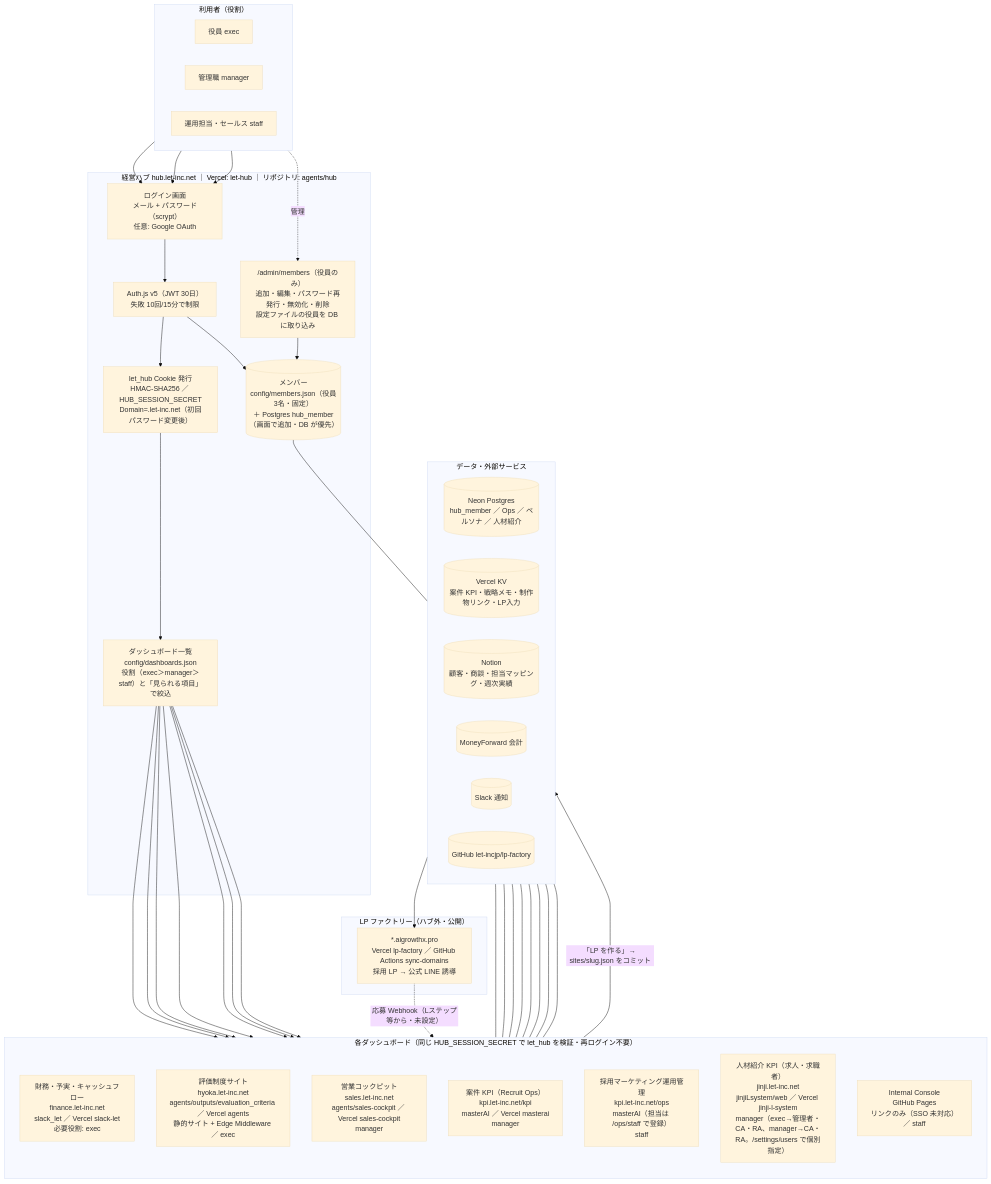
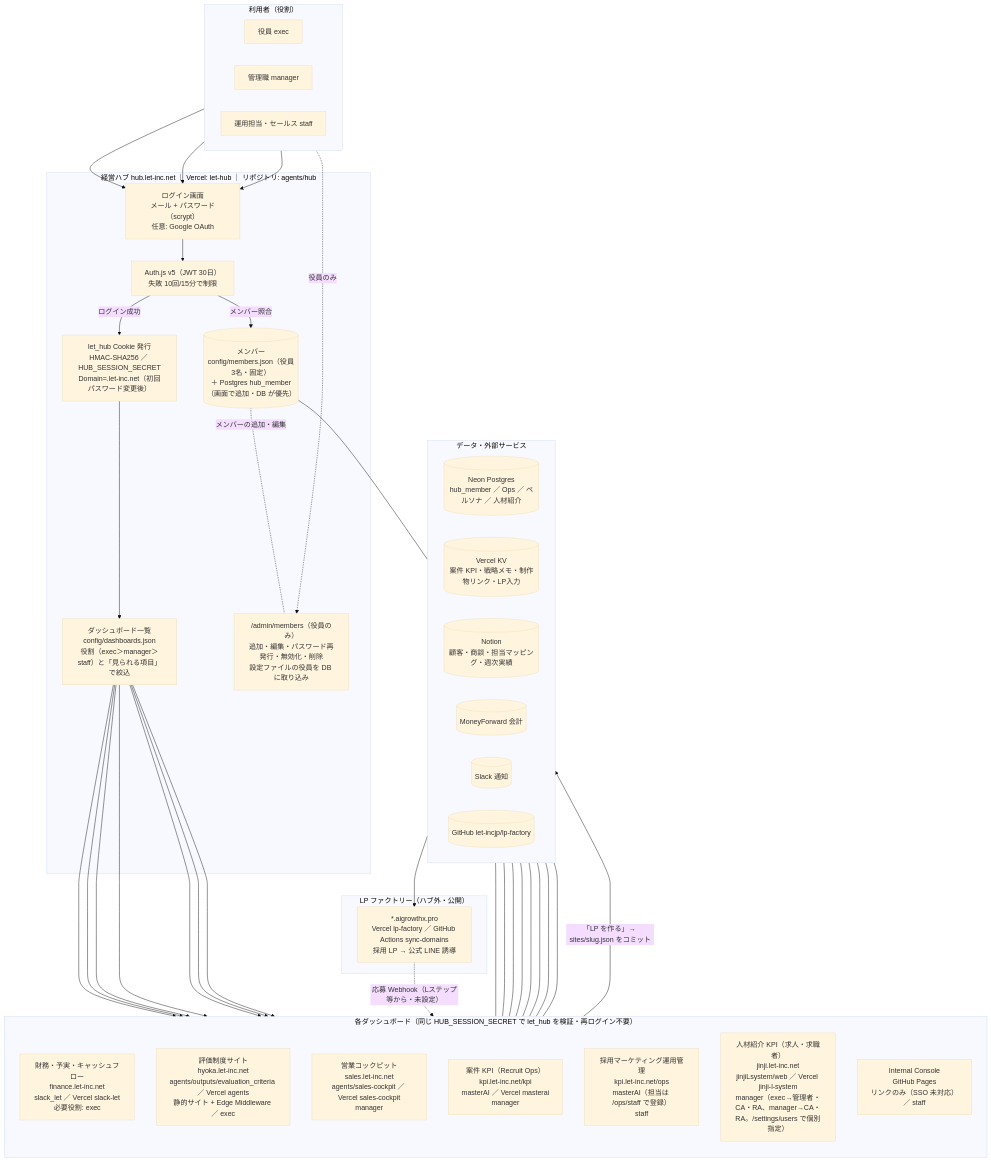
One commit to eijiyoshikawa/agents changed the diagram in docs/HUB_ARCHITECTURE_2026-10-22.md. Above: the diagram before and after it, drawn with Mermaid (base theme). The commit also changed other lines of this file and 1 other file, not shown here.

Commit message:
docs(hub): 構成図を画像（PNG）でも同梱し、Mermaid の配線を整理
Claude-Session: https://claude.ai/code/session_01A3xZ7L2v1oCCzvqdRV5Qoa

````diff
--- a/docs/HUB_ARCHITECTURE_2026-10-22.md
+++ b/docs/HUB_ARCHITECTURE_2026-10-22.md
@@ -7,70 +11,72 @@
 ```mermaid
 flowchart TB
   subgraph users["利用者（役割）"]
     direction LR
     exec["役員 exec"]
     mgr["管理職 manager"]
     staff["運用担当・セールス staff"]
   end
 
   subgraph hub["経営ハブ hub.let-inc.net ｜ Vercel: let-hub ｜ リポジトリ: agents/hub"]
     login["ログイン画面<br/>メール + パスワード（scrypt）<br/>任意: Google OAuth"]
     auth["Auth.js v5（JWT 30日）<br/>失敗 10回/15分で制限"]
     members[("メンバー<br/>config/members.json（役員3名・固定）<br/>＋ Postgres hub_member（画面で追加・DB が優先）")]
     cookie["let_hub Cookie 発行<br/>HMAC-SHA256 ／ HUB_SESSION_SECRET<br/>Domain=.let-inc.net（初回パスワード変更後）"]
     dash["ダッシュボード一覧<br/>config/dashboards.json<br/>役割（exec＞manager＞staff）と「見られる項目」で絞込"]
     admin["/admin/members（役員のみ）<br/>追加・編集・パスワード再発行・無効化・削除<br/>設定ファイルの役員を DB に取り込み"]
   end
 
   exec --> login
   mgr --> login
   staff --> login
-  login --> auth --> members
-  auth --> cookie --> dash
-  exec -. 管理 .-> admin --> members
+  login --> auth
+  auth -- "メンバー照合" --> members
+  auth -- "ログイン成功" --> cookie --> dash
+  members -. "メンバーの追加・編集" .- admin
+  exec -. "役員のみ" .-> admin
 
   subgraph apps["各ダッシュボード（同じ HUB_SESSION_SECRET で let_hub を検証・再ログイン不要）"]
     direction TB
     fin["財務・予実・キャッシュフロー<br/>finance.let-inc.net<br/>slack_let ／ Vercel slack-let<br/>必要役割: exec"]
     hyoka["評価制度サイト<br/>hyoka.let-inc.net<br/>agents/outputs/evaluation_criteria ／ Vercel agents<br/>静的サイト + Edge Middleware ／ exec"]
     sales["営業コックピット<br/>sales.let-inc.net<br/>agents/sales-cockpit ／ Vercel sales-cockpit<br/>manager"]
     kpi["案件 KPI（Recruit Ops）<br/>kpi.let-inc.net/kpi<br/>masterAI ／ Vercel masterai<br/>manager"]
     ops["採用マーケティング運用管理<br/>kpi.let-inc.net/ops<br/>masterAI（担当は /ops/staff で登録）<br/>staff"]
     jinji["人材紹介 KPI（求人・求職者）<br/>jinji.let-inc.net<br/>jinjiLsystem/web ／ Vercel jinji-l-system<br/>manager（exec→管理者・CA・RA、manager→CA・RA。/settings/users で個別指定）"]
     console["Internal Console<br/>GitHub Pages<br/>リンクのみ（SSO 未対応）／ staff"]
   end
 
   dash --> fin
   dash --> hyoka
   dash --> sales
   dash --> kpi
   dash --> ops
   dash --> jinji
   dash --> console
 
   subgraph data["データ・外部サービス"]
     direction LR
     pg[("Neon Postgres<br/>hub_member ／ Ops ／ ペルソナ ／ 人材紹介")]
     kv[("Vercel KV<br/>案件 KPI・戦略メモ・制作物リンク・LP入力")]
     notion[("Notion<br/>顧客・商談・担当マッピング・週次実績")]
     mf[("MoneyForward 会計")]
     slack[("Slack 通知")]
     gh[("GitHub let-incjp/lp-factory")]
   end
 
   members --- pg
   ops --- pg
   jinji --- pg
   kpi --- kv
   kpi --- notion
   sales --- notion
   fin --- mf
   fin --- slack
   ops --- slack
 
   subgraph lp["LP ファクトリー（ハブ外・公開）"]
     lpf["*.aigrowthx.pro<br/>Vercel lp-factory ／ GitHub Actions sync-domains<br/>採用 LP → 公式 LINE 誘導"]
   end
   kpi -- "「LP を作る」→ sites/slug.json をコミット" --> gh --> lpf
   lpf -. "応募 Webhook（Lステップ等から・未設定）" .-> kpi
 ```
````
